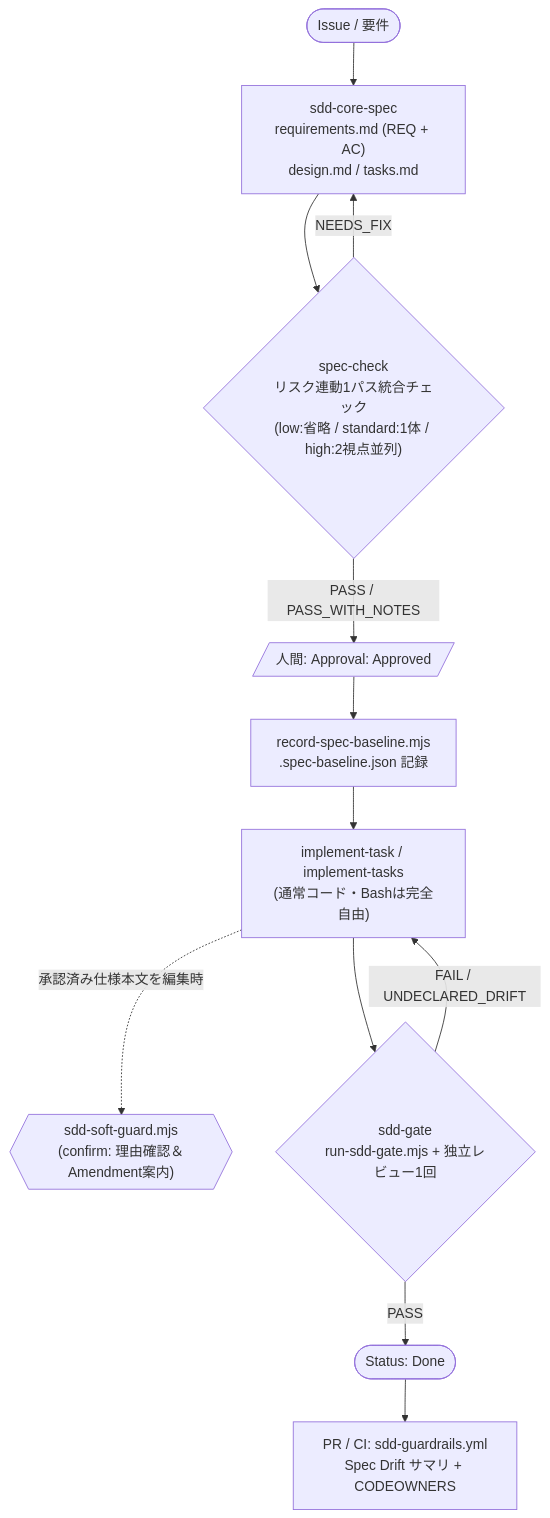
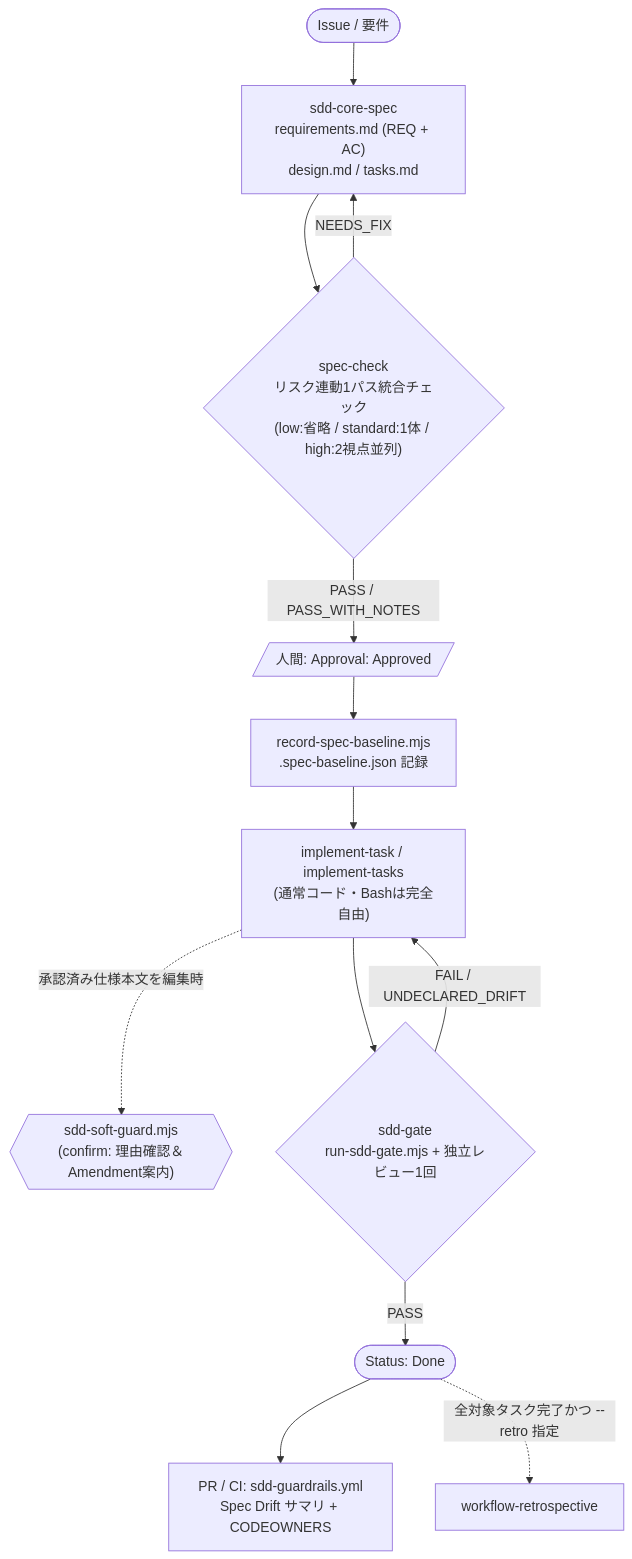
The diagram in docs/workflow-guide.md (aharada54914/sdd-forge), drawn with Mermaid before and after one commit. The commit also changed 10 other files, not shown here.

````diff
--- a/docs/workflow-guide.md
+++ b/docs/workflow-guide.md
@@ -14,14 +14,15 @@
 ```mermaid
 flowchart TD
     A(["Issue / 要件"]) --> B["sdd-core-spec\nrequirements.md (REQ + AC)\ndesign.md / tasks.md"]
     B --> C{"spec-check\nリスク連動1パス統合チェック\n(low:省略 / standard:1体 / high:2視点並列)"}
     C -->|NEEDS_FIX| B
     C -->|PASS / PASS_WITH_NOTES| H[/"人間: Approval: Approved"/]
     H --> BL["record-spec-baseline.mjs\n.spec-baseline.json 記録"]
     BL --> IMP["implement-task / implement-tasks\n(通常コード・Bashは完全自由)"]
     IMP -. "承認済み仕様本文を編集時" .-> SG{{"sdd-soft-guard.mjs\n(confirm: 理由確認＆Amendment案内)"}}
     IMP --> GATE{"sdd-gate\nrun-sdd-gate.mjs + 独立レビュー1回"}
     GATE -->|FAIL / UNDECLARED_DRIFT| IMP
     GATE -->|PASS| DONE(["Status: Done"])
     DONE --> CI["PR / CI: sdd-guardrails.yml\nSpec Drift サマリ + CODEOWNERS"]
+    DONE -. "全対象タスク完了かつ --retro 指定" .-> RETRO["workflow-retrospective"]
 ```
````
